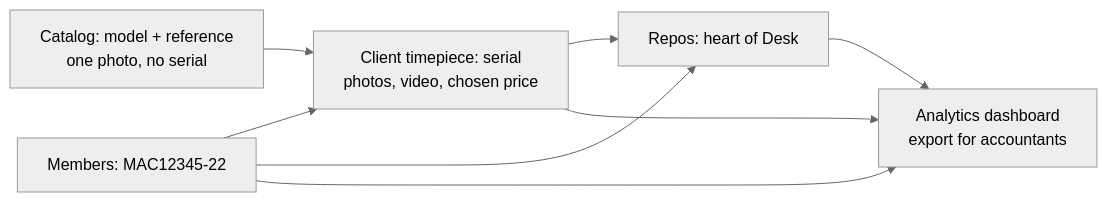
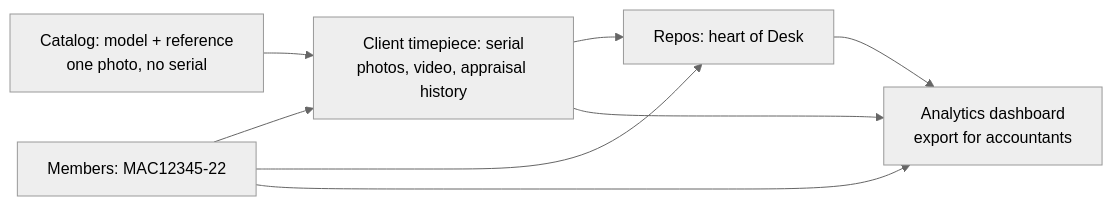
Before and after one commit to KIT-Capital/mac-app: the fourth of 4 diagrams in docs/workflows.md, drawn with Mermaid (neutral theme). The commit also changed other lines of this file and 3 other files, not shown here.

````diff
--- a/docs/workflows.md
+++ b/docs/workflows.md
@@ -162,15 +182,15 @@
 ```mermaid
 flowchart LR
   cat[Catalog: model + reference\none photo, no serial]
   mem[Members: MAC12345-22]
-  piece[Client timepiece: serial\nphotos, video, chosen price]
+  piece[Client timepiece: serial\nphotos, video, appraisal history]
   repo[Repos: heart of Desk]
   dash[Analytics dashboard\nexport for accountants]
   cat --> piece
   mem --> piece
   mem --> repo
   piece --> repo
   repo --> dash
   mem --> dash
   piece --> dash
 ```
````
